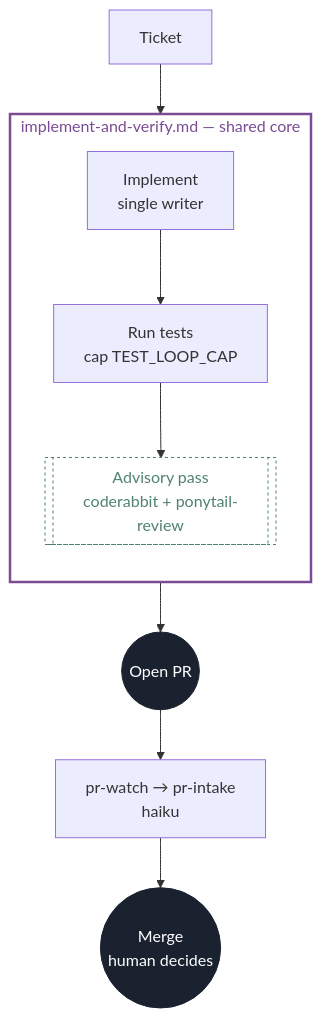
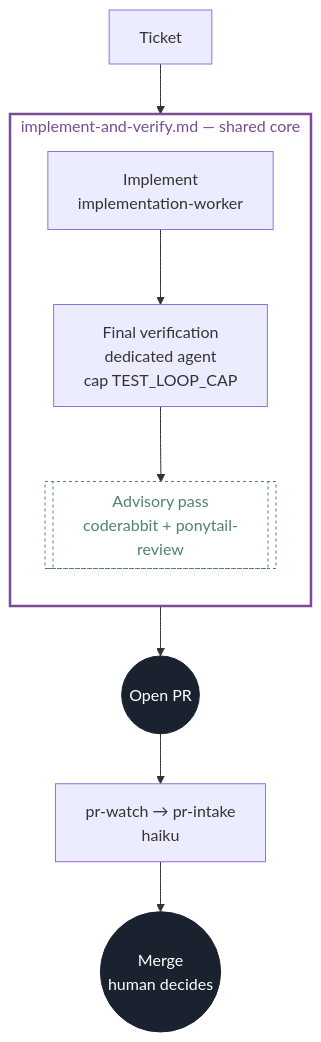
One commit to aanojima/software-factory changed the first of 8 diagrams in README.md. Above: the diagram before and after it, drawn with Mermaid. The commit also changed other lines of this file and 52 other files, not shown here.

````diff
--- a/README.md
+++ b/README.md
@@ -137,20 +143,20 @@
 ```mermaid
 flowchart TD
     classDef advisory fill:transparent,stroke:#4F8272,color:#4F8272,stroke-width:1px,stroke-dasharray:3 3;
     classDef block fill:#2B4C8C,stroke:#2B4C8C,color:#fff;
     classDef gate fill:transparent,stroke:#B5651D,color:#B5651D,stroke-width:2px;
     classDef terminal fill:#1A2230,stroke:#1A2230,color:#fff;
     classDef core fill:transparent,stroke:#7B4B94,color:#7B4B94,stroke-width:2.5px;
     A[Ticket] --> B
     subgraph CORE1["implement-and-verify.md — shared core"]
         direction TB
-        B["Implement<br/>single writer"] --> C["Run tests<br/>cap TEST_LOOP_CAP"]
+        B["Implement<br/>implementation-worker"] --> C["Final verification<br/>dedicated agent<br/>cap TEST_LOOP_CAP"]
         C --> D[["Advisory pass<br/>coderabbit + ponytail-review"]]
     end
     D --> E(("Open PR"))
     E --> F["pr-watch → pr-intake<br/>haiku"]
     F --> G(("Merge<br/>human decides"))
     class D advisory
     class E,G terminal
     class CORE1 core
 ```
````
